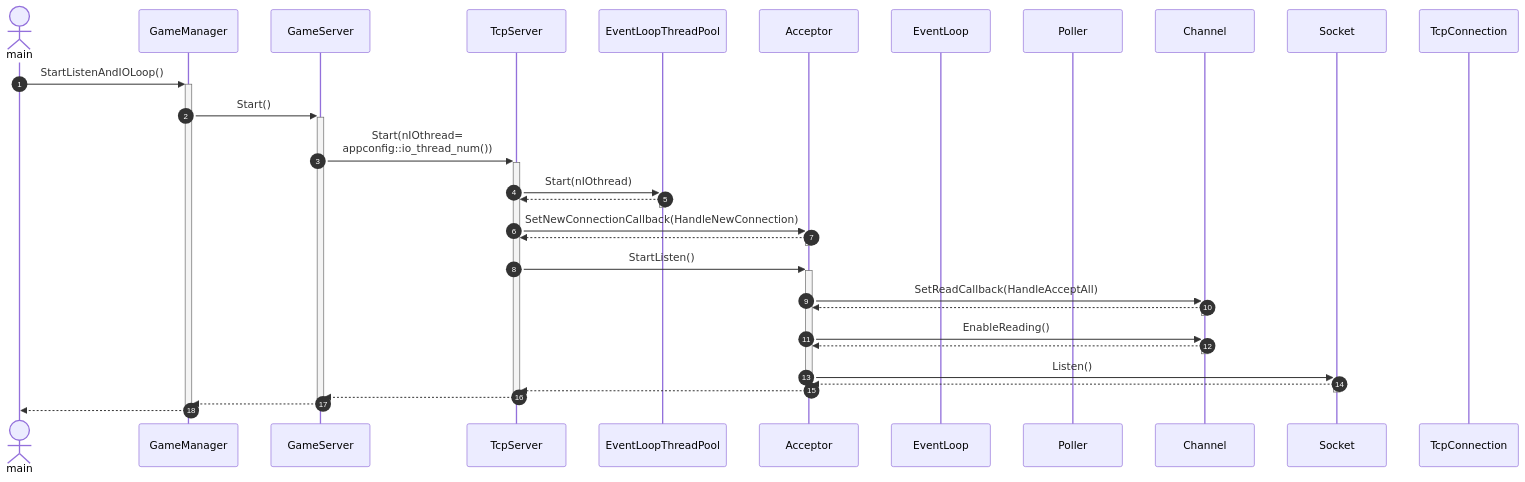
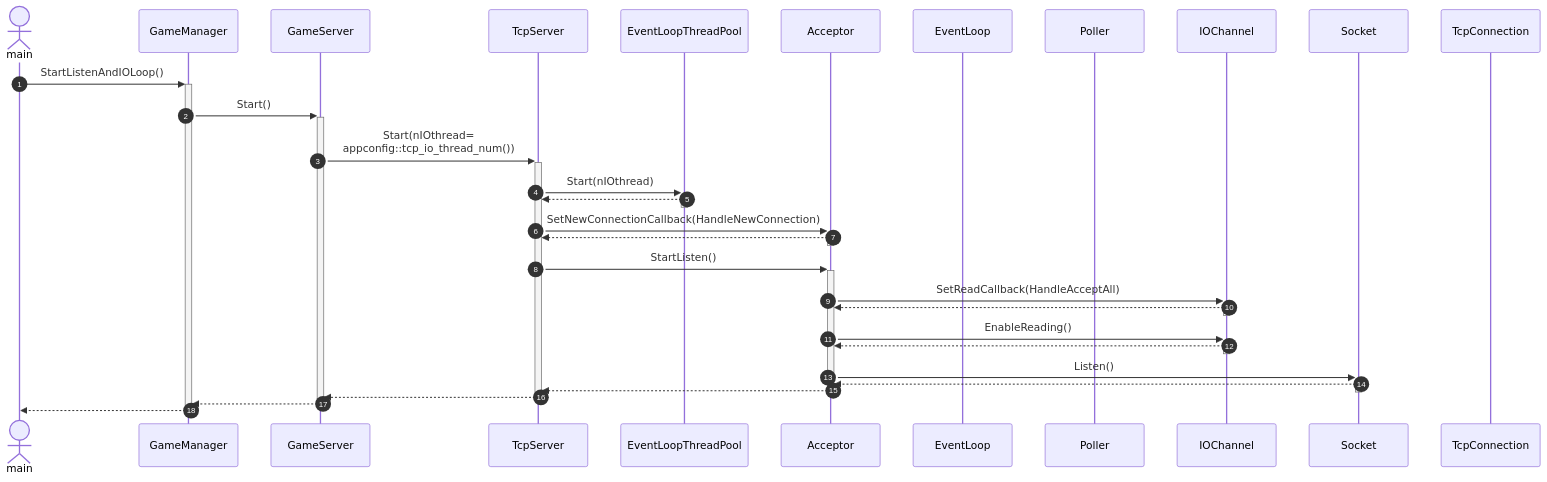
The third of 7 diagrams in base/net/md/EventLoop&Channel.md (MYMarcoreus/GameServer), drawn with Mermaid before and after one commit. The commit also changed other lines of this file and 70 other files, not shown here.

````diff
--- a/base/net/md/EventLoop&Channel.md
+++ b/base/net/md/EventLoop&Channel.md
@@ -304,41 +304,41 @@
 ```mermaid
 sequenceDiagram
     autonumber
 	
 	actor main
 	participant GameManager
 	participant GameServer
 	participant TcpServer
 	participant EventLoopThreadPool
 
     participant Acceptor
     participant EventLoop
     participant Poller
-    participant Channel
+    participant IOChannel
     participant Socket
     participant TcpConnection
     
     main ->> +GameManager: StartListenAndIOLoop()
         GameManager ->> +GameServer: Start()
-            GameServer ->> +TcpServer: Start(nIOthread=<br>appconfig::io_thread_num())
+            GameServer ->> +TcpServer: Start(nIOthread=<br>appconfig::tcp_io_thread_num())
                 
                 TcpServer ->> +EventLoopThreadPool: Start(nIOthread)
                 EventLoopThreadPool -->> -TcpServer:  
                 
                 TcpServer ->> +Acceptor: SetNewConnectionCallback(HandleNewConnection)
                 Acceptor -->> -TcpServer: 
                 
                 TcpServer ->> +Acceptor: StartListen()
-                    Acceptor ->> +Channel: SetReadCallback(HandleAcceptAll)
-                    Channel -->> -Acceptor: 
-                    Acceptor ->> +Channel: EnableReading()
-                    Channel -->> -Acceptor: 
+                    Acceptor ->> +IOChannel: SetReadCallback(HandleAcceptAll)
+                    IOChannel -->> -Acceptor: 
+                    Acceptor ->> +IOChannel: EnableReading()
+                    IOChannel -->> -Acceptor: 
                     Acceptor ->> +Socket: Listen()
                     Socket -->> -Acceptor: 
                     
                 Acceptor -->> -TcpServer: 
 
             TcpServer -->> -GameServer: 
         GameServer -->> -GameManager: 
     GameManager -->> -main: 
 ```
````
